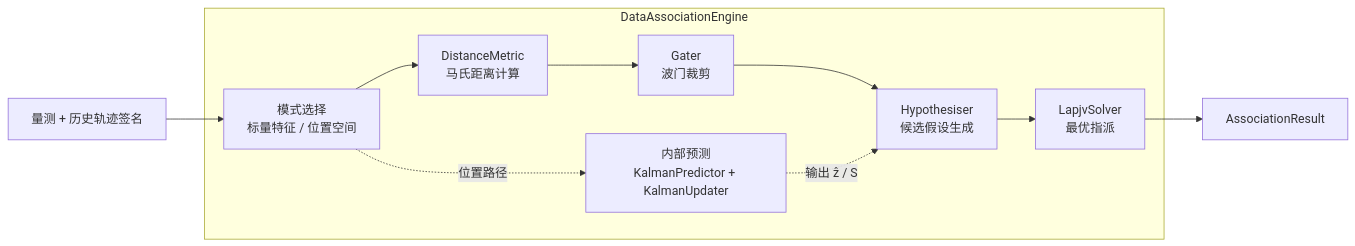
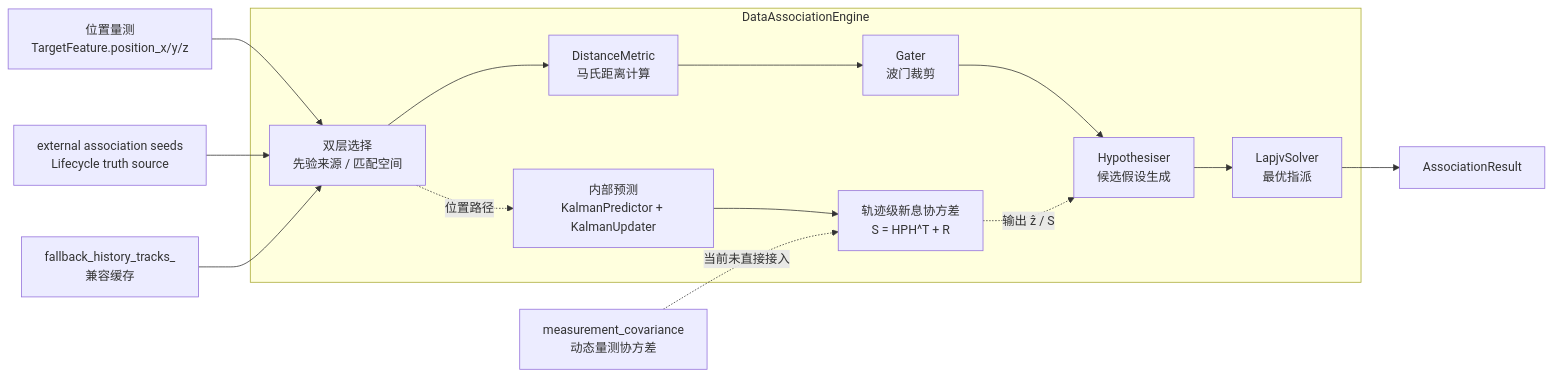
One commit to boilwater-3/1q changed the third of 8 diagrams in doc/architecture/signal/signal-architecture.md. Above: the diagram before and after it, drawn with Mermaid. The commit also changed other lines of this file and 2 other files, not shown here.

````diff
--- a/doc/architecture/signal/signal-architecture.md
+++ b/doc/architecture/signal/signal-architecture.md
@@ -164,13 +170,18 @@
 ```mermaid
 flowchart LR
     subgraph DataAssociationEngine
-        MODE["模式选择<br/>标量特征 / 位置空间"]
+        MODE["双层选择<br/>先验来源 / 匹配空间"]
         PRED["内部预测<br/>KalmanPredictor + KalmanUpdater"]
+        INNOV["轨迹级新息协方差<br/>S = HPH^T + R"]
         M["DistanceMetric<br/>马氏距离计算"] --> G["Gater<br/>波门裁剪"]
         G --> H["Hypothesiser<br/>候选假设生成"]
         H --> S["LapjvSolver<br/>最优指派"]
     end
-    INPUT["量测 + 历史轨迹签名"] --> MODE --> M
-    MODE -. 位置路径 .-> PRED -. 输出 ẑ / S .-> H
+    DET["位置量测<br/>TargetFeature.position_x/y/z"] --> MODE
+    EXT["external association seeds<br/>Lifecycle truth source"] --> MODE
+    FALLBACK["fallback_history_tracks_<br/>兼容缓存"] --> MODE
+    MEAS_COV["measurement_covariance<br/>动态量测协方差"] -. 当前未直接接入 .-> INNOV
+    MODE --> M
+    MODE -. 位置路径 .-> PRED --> INNOV -. 输出 ẑ / S .-> H
     S --> OUTPUT["AssociationResult"]
 ```
````
